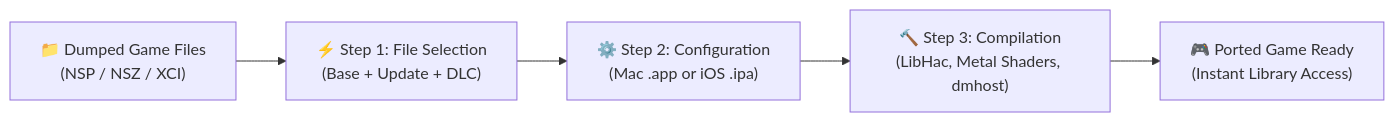
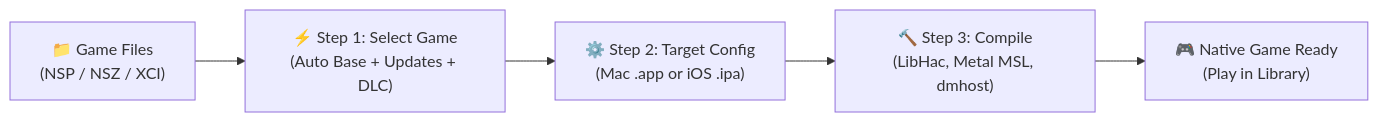
The diagram in README.md (seedds/nxnative), drawn with Mermaid before and after one commit. The commit also changed other lines of this file, not shown here.

````diff
--- a/README.md
+++ b/README.md
@@ -194,7 +231,7 @@
 ```mermaid
 flowchart LR
-    A["📁 Dumped Game Files<br/>(NSP / NSZ / XCI)"] --> B["⚡ Step 1: File Selection<br/>(Base + Update + DLC)"]
-    B --> C["⚙️ Step 2: Configuration<br/>(Mac .app or iOS .ipa)"]
-    C --> D["🔨 Step 3: Compilation<br/>(LibHac, Metal Shaders, dmhost)"]
-    D --> E["🎮 Ported Game Ready<br/>(Instant Library Access)"]
+    A["📁 Game Files<br/>(NSP / NSZ / XCI)"] --> B["⚡ Step 1: Select Game<br/>(Auto Base + Updates + DLC)"]
+    B --> C["⚙️ Step 2: Target Config<br/>(Mac .app or iOS .ipa)"]
+    C --> D["🔨 Step 3: Compile<br/>(LibHac, Metal MSL, dmhost)"]
+    D --> E["🎮 Native Game Ready<br/>(Play in Library)"]
 ```
````
